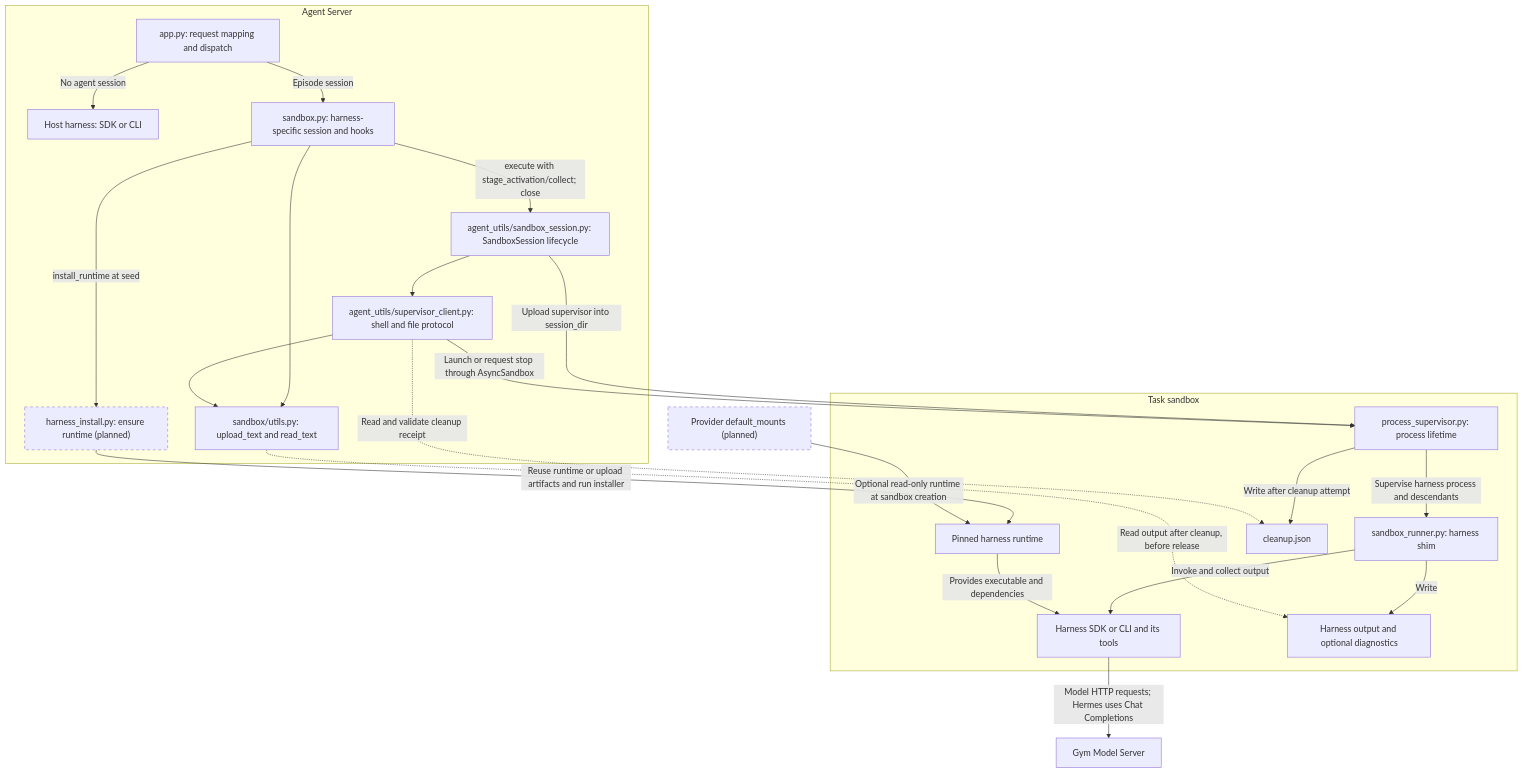
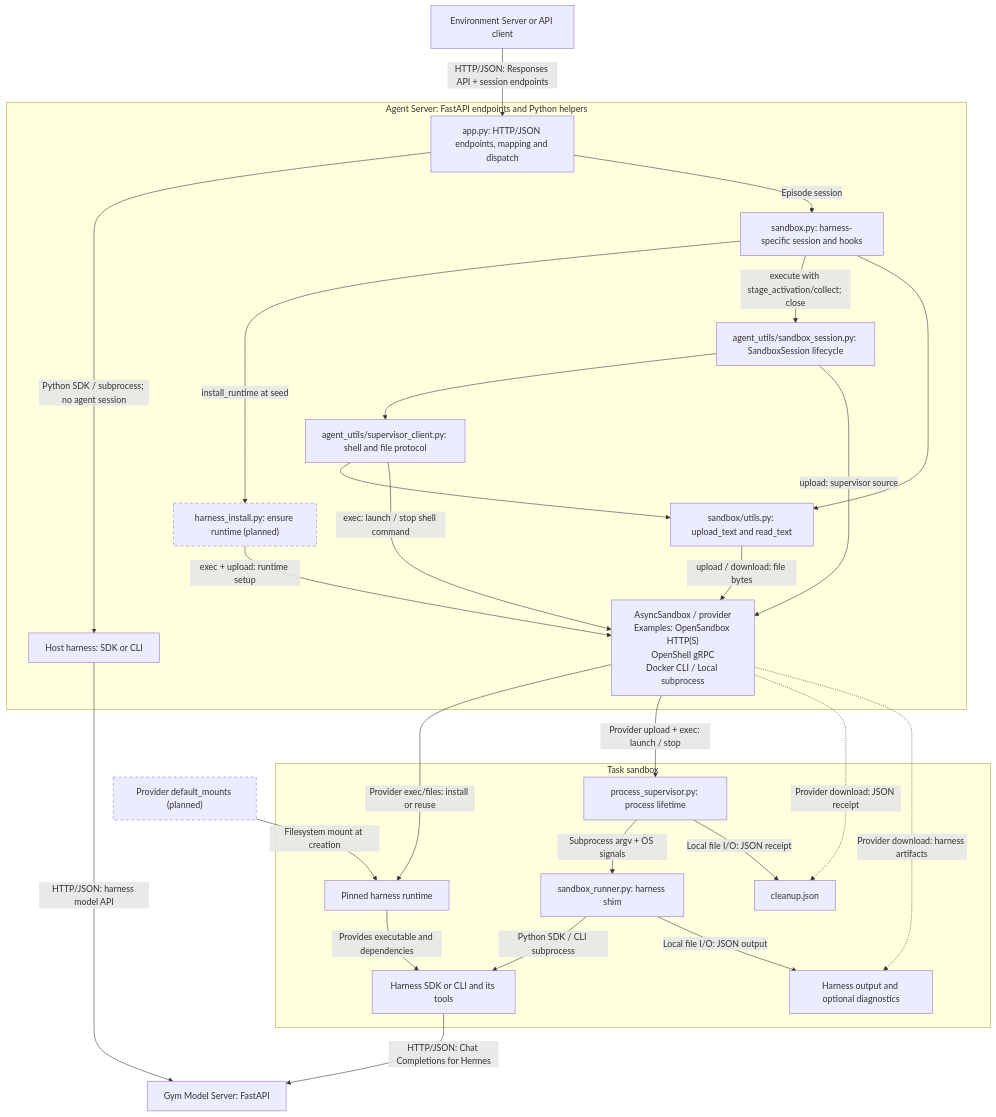
One commit to NVIDIA-NeMo/Gym changed the second of 2 diagrams in fern/versions/latest/pages/agent-server/add-or-update-a-harness.mdx. Above: the diagram before and after it, drawn with Mermaid. The commit also changed other lines of this file, not shown here.

Commit message:
docs(agent): label harness protocols and sync ready implementations

````diff
--- a/fern/versions/latest/pages/agent-server/add-or-update-a-harness.mdx
+++ b/fern/versions/latest/pages/agent-server/add-or-update-a-harness.mdx
@@ -86,46 +89,54 @@
 ```mermaid
 flowchart TB
-    subgraph AS["Agent Server"]
-        APP["app.py: request mapping and dispatch"]
+    ENTRY["Environment Server or API client"]
+
+    subgraph AS["Agent Server: FastAPI endpoints and Python helpers"]
+        APP["app.py: HTTP/JSON endpoints, mapping and dispatch"]
         LOCAL["Host harness: SDK or CLI"]
         ADAPTER["sandbox.py: harness-specific session and hooks"]
         SESSION["agent_utils/sandbox_session.py: SandboxSession lifecycle"]
         INSTALL["harness_install.py: ensure runtime (planned)"]
         CLIENT["agent_utils/supervisor_client.py: shell and file protocol"]
         FILES["sandbox/utils.py: upload_text and read_text"]
-        APP -->|"No agent session"| LOCAL
+        PROVIDER["AsyncSandbox / provider<br/>Examples: OpenSandbox HTTP(S)<br/>OpenShell gRPC<br/>Docker CLI / Local subprocess"]
+        APP -->|"Python SDK / subprocess; no agent session"| LOCAL
         APP -->|"Episode session"| ADAPTER
         ADAPTER -->|"install_runtime at seed"| INSTALL
         ADAPTER -->|"execute with stage_activation/collect; close"| SESSION
         SESSION --> CLIENT
         ADAPTER --> FILES
         CLIENT --> FILES
+        INSTALL -->|"exec + upload: runtime setup"| PROVIDER
+        SESSION -->|"upload: supervisor source"| PROVIDER
+        CLIENT -->|"exec: launch / stop shell command"| PROVIDER
+        FILES -->|"upload / download: file bytes"| PROVIDER
     end
 
+    ENTRY -->|"HTTP/JSON: Responses API + session endpoints"| APP
     MOUNTS["Provider default_mounts (planned)"]
 
     subgraph SB["Task sandbox"]
         RUNTIME["Pinned harness runtime"]
         SUPERVISOR["process_supervisor.py: process lifetime"]
         SHIM["sandbox_runner.py: harness shim"]
         HARNESS["Harness SDK or CLI and its tools"]
         CLEANUP["cleanup.json"]
         OUTPUT["Harness output and optional diagnostics"]
-        SUPERVISOR -->|"Supervise harness process and descendants"| SHIM
-        SHIM -->|"Invoke and collect output"| HARNESS
+        SUPERVISOR -->|"Subprocess argv + OS signals"| SHIM
+        SHIM -->|"Python SDK / CLI subprocess"| HARNESS
         RUNTIME -->|"Provides executable and dependencies"| HARNESS
-        SUPERVISOR -->|"Write after cleanup attempt"| CLEANUP
-        SHIM -->|"Write"| OUTPUT
+        SUPERVISOR -->|"Local file I/O: JSON receipt"| CLEANUP
+        SHIM -->|"Local file I/O: JSON output"| OUTPUT
     end
 
-    INSTALL -->|"Reuse runtime or upload artifacts and run installer"| RUNTIME
-    MOUNTS -->|"Optional read-only runtime at sandbox creation"| RUNTIME
-    SESSION -->|"Upload supervisor into session_dir"| SUPERVISOR
-    CLIENT -->|"Launch or request stop through AsyncSandbox"| SUPERVISOR
-    CLIENT -.->|"Read and validate cleanup receipt"| CLEANUP
-    FILES -.->|"Read output after cleanup, before release"| OUTPUT
-    HARNESS -->|"Model HTTP requests; Hermes uses Chat Completions"| MODEL["Gym Model Server"]
+    PROVIDER -->|"Provider exec/files: install or reuse"| RUNTIME
+    MOUNTS -->|"Filesystem mount at creation"| RUNTIME
+    PROVIDER -->|"Provider upload + exec: launch / stop"| SUPERVISOR
+    PROVIDER -.->|"Provider download: JSON receipt"| CLEANUP
+    PROVIDER -.->|"Provider download: harness artifacts"| OUTPUT
+    HARNESS -->|"HTTP/JSON: Chat Completions for Hermes"| MODEL["Gym Model Server: FastAPI"]
+    LOCAL -->|"HTTP/JSON: harness model API"| MODEL
 
     classDef planned stroke-dasharray: 5 5;
     class INSTALL,MOUNTS planned;
 ```
````
